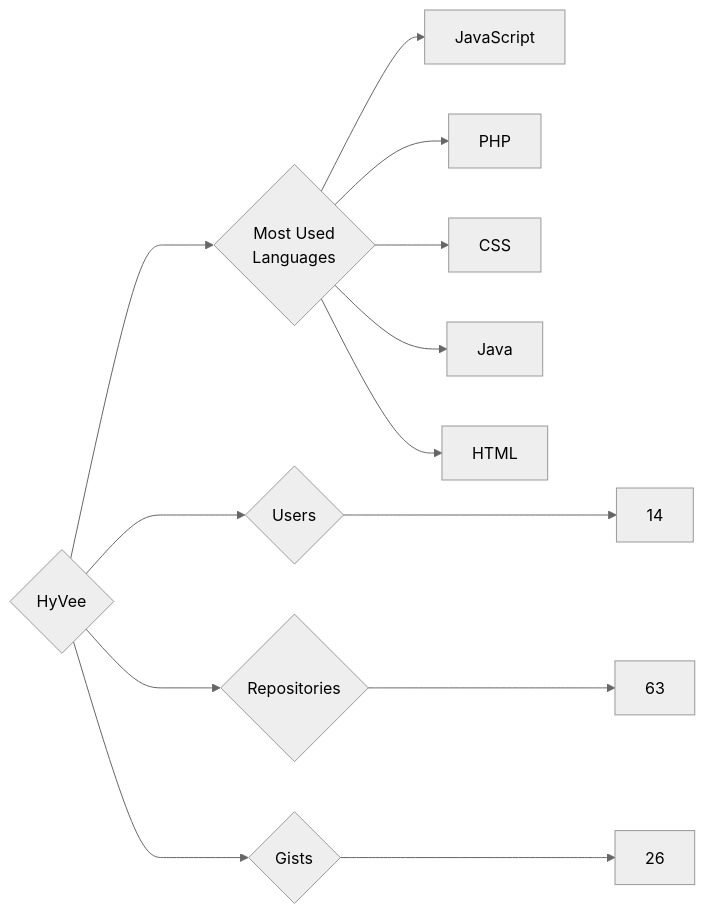
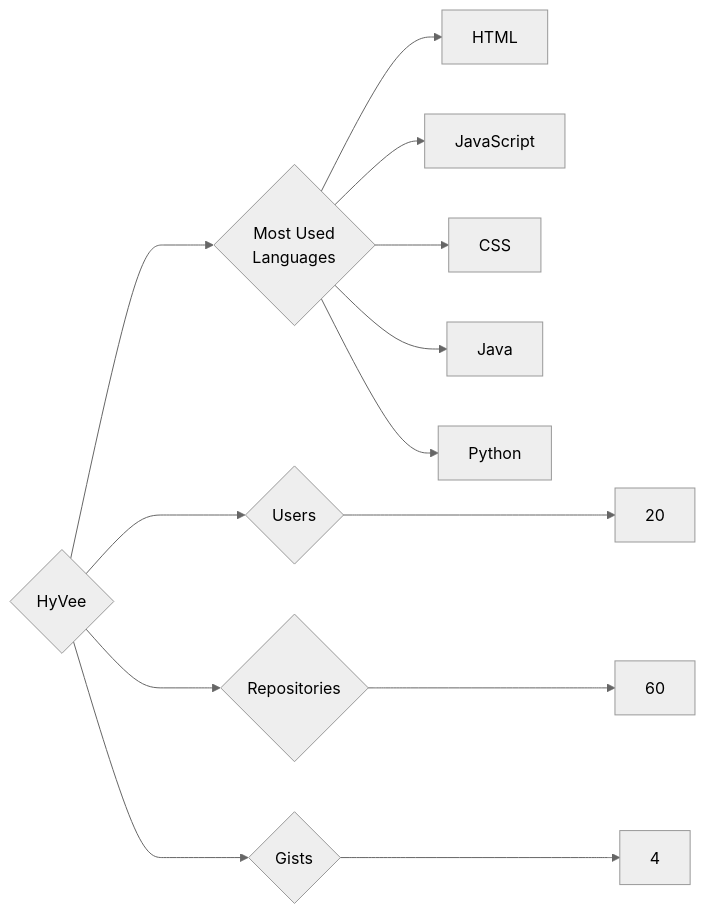
One commit to trickest/insiders changed the diagram in targets/HyVee/README.md. Above: the diagram before and after it, drawn with Mermaid (neutral theme). The commit also changed 1084 other files, not shown here.

````diff
--- a/targets/HyVee/README.md
+++ b/targets/HyVee/README.md
@@ -3,13 +3,13 @@
 ```mermaid
 graph LR
 COMPANY_NAME{HyVee}
-COMPANY_NAME ---> U{Users} ---> UN[14]
-COMPANY_NAME ---> R{Repositories} ---> RN[63]
-COMPANY_NAME ---> G{Gists} ---> GN[26]
+COMPANY_NAME ---> U{Users} ---> UN[20]
+COMPANY_NAME ---> R{Repositories} ---> RN[60]
+COMPANY_NAME ---> G{Gists} ---> GN[4]
 COMPANY_NAME ---> ML{Most Used<br>Languages}
+ML --> HTML[HTML]
 ML --> JavaScript[JavaScript]
-ML --> PHP[PHP]
 ML --> CSS[CSS]
 ML --> Java[Java]
-ML --> HTML[HTML]
+ML --> Python[Python]
 ```
````
